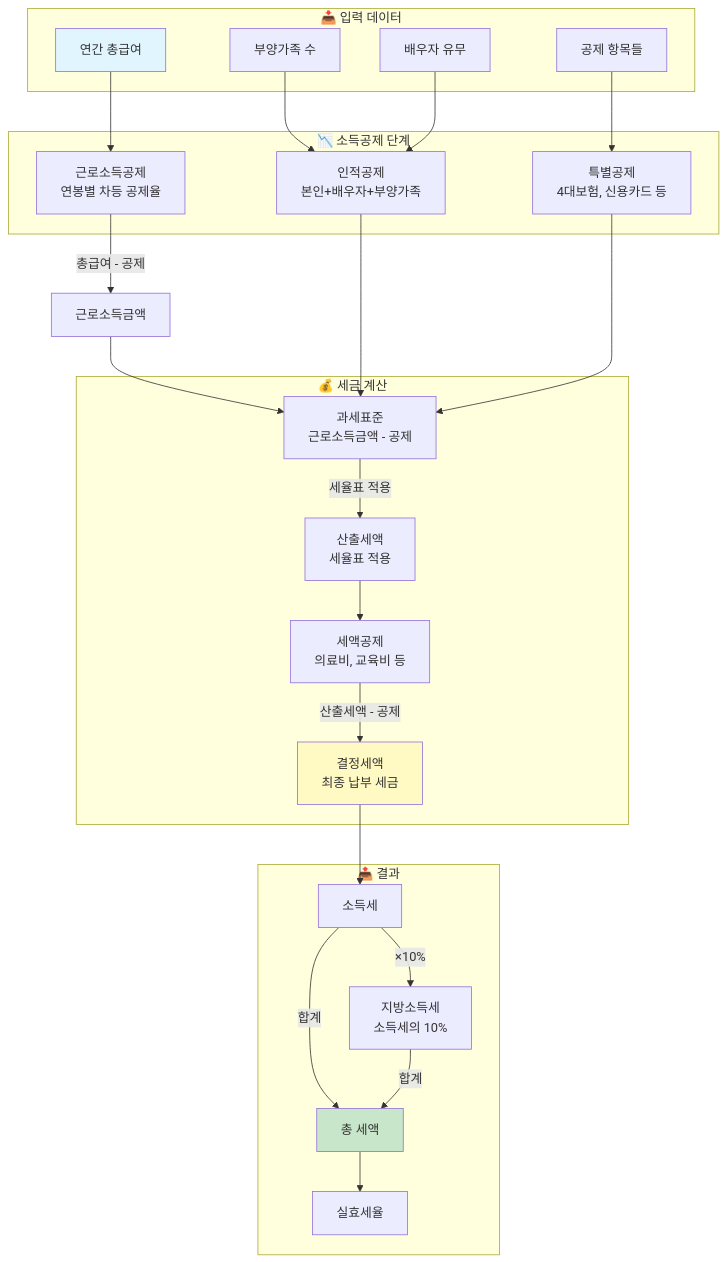
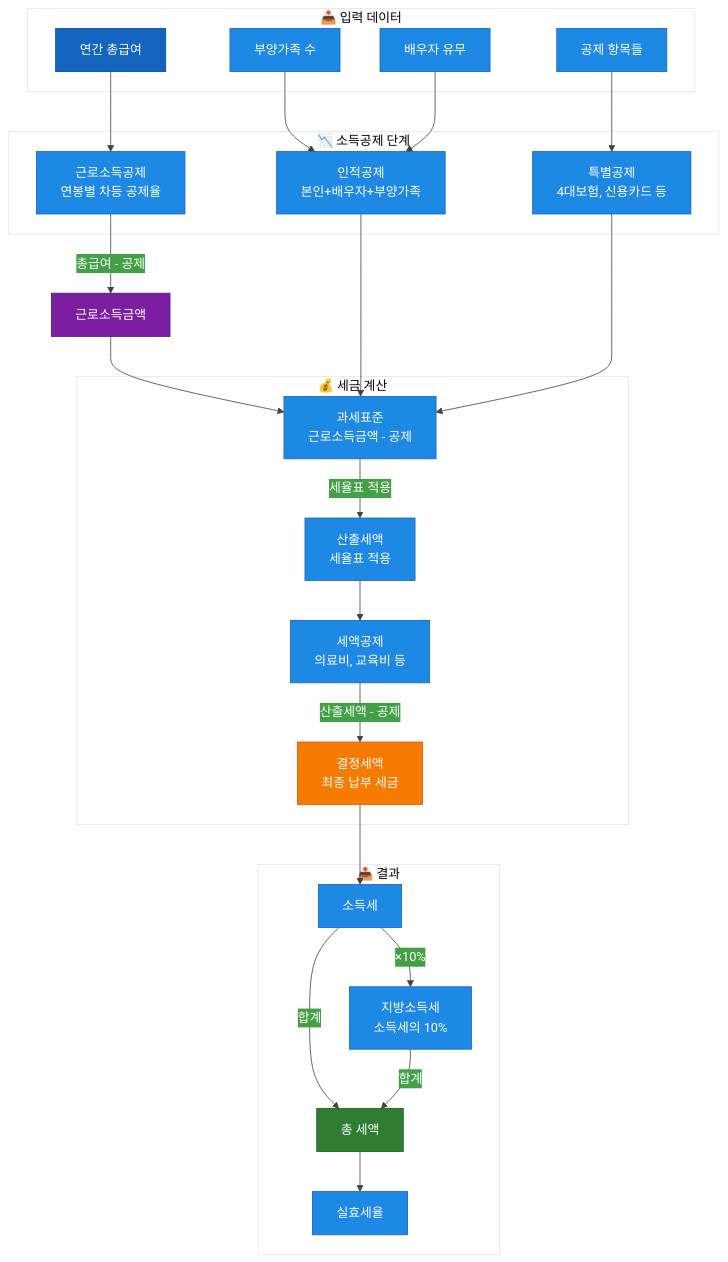
Before and after one commit to Z-3000/fina_r: the first of 18 diagrams in docs/세금로직_플로우차트.md, drawn with Mermaid. The commit also changed other lines of this file, not shown here.

````diff
--- a/docs/세금로직_플로우차트.md
+++ b/docs/세금로직_플로우차트.md
@@ -25,47 +25,49 @@
 ```mermaid
+%%{init: {'theme': 'base', 'themeVariables': { 'primaryColor': '#1e88e5', 'primaryTextColor': '#fff', 'primaryBorderColor': '#1565c0', 'lineColor': '#424242', 'secondaryColor': '#43a047', 'tertiaryColor': '#fff'}}}%%
 flowchart TD
     subgraph 입력["📥 입력 데이터"]
         A1[연간 총급여]
         A2[부양가족 수]
         A3[배우자 유무]
         A4[공제 항목들]
     end
 
     subgraph 소득공제["📉 소득공제 단계"]
         B1[근로소득공제<br/>연봉별 차등 공제율]
         B2[인적공제<br/>본인+배우자+부양가족]
         B3[특별공제<br/>4대보험, 신용카드 등]
     end
 
     subgraph 세금계산["💰 세금 계산"]
         C1[과세표준<br/>근로소득금액 - 공제]
         C2[산출세액<br/>세율표 적용]
         C3[세액공제<br/>의료비, 교육비 등]
         C4[결정세액<br/>최종 납부 세금]
     end
 
     subgraph 출력["📤 결과"]
         D1[소득세]
         D2[지방소득세<br/>소득세의 10%]
         D3[총 세액]
         D4[실효세율]
     end
 
     A1 --> B1
     B1 -->|"총급여 - 공제"| E1[근로소득금액]
     E1 --> C1
     A2 & A3 --> B2
     A4 --> B3
     B2 & B3 --> C1
     C1 -->|"세율표 적용"| C2
     C2 --> C3
     C3 -->|"산출세액 - 공제"| C4
     C4 --> D1
     D1 -->|"×10%"| D2
     D1 & D2 -->|"합계"| D3
     D3 --> D4
 
-    style A1 fill:#e1f5fe
-    style C4 fill:#fff9c4
-    style D3 fill:#c8e6c9
+    style A1 fill:#1565c0,stroke:#0d47a1,color:#fff
+    style C4 fill:#f57c00,stroke:#e65100,color:#fff
+    style D3 fill:#2e7d32,stroke:#1b5e20,color:#fff
+    style E1 fill:#7b1fa2,stroke:#4a148c,color:#fff
 ```
````
